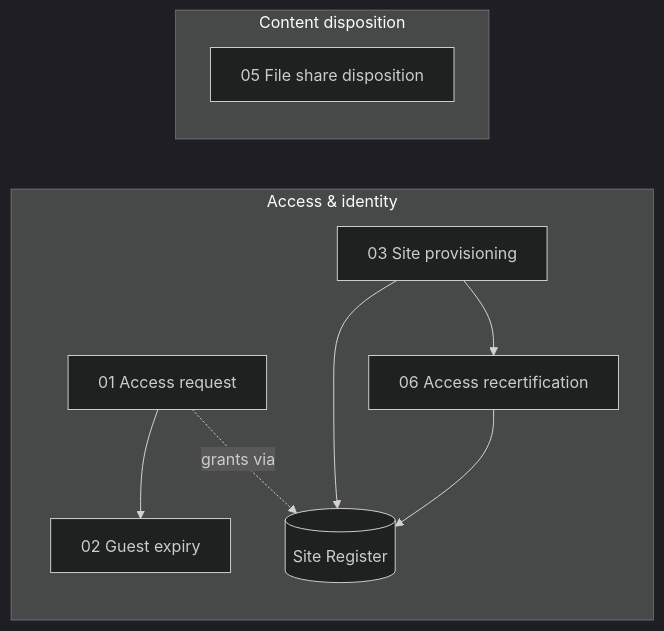
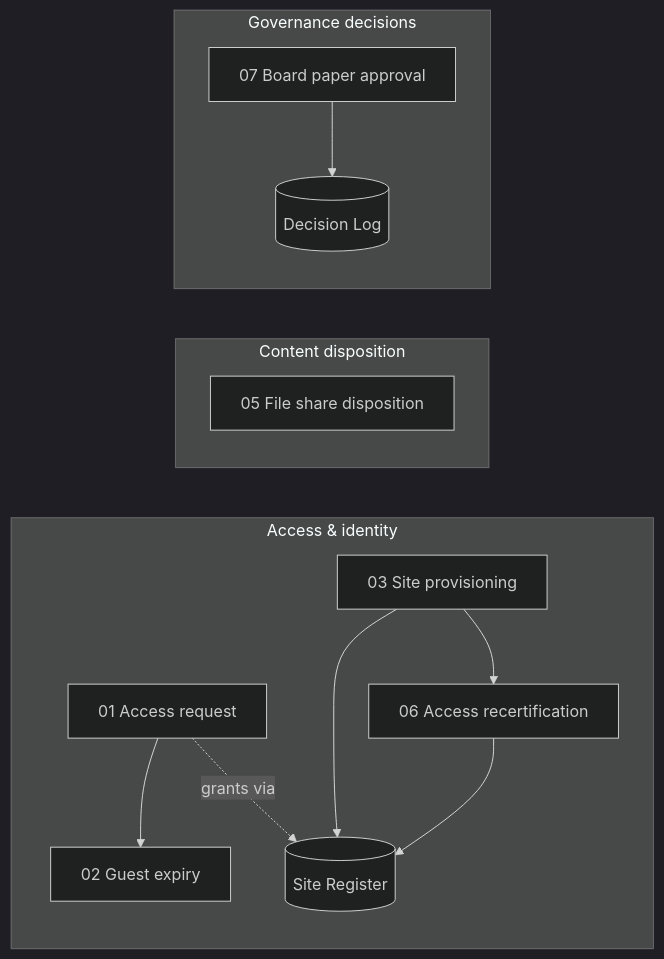
The first of 7 diagrams in solutions/SharePointGovernance/diagrams/governance-flows.md (flinty-isd/Projects-hub), drawn with Mermaid (dark theme) before and after one commit. The commit also changed other lines of this file and 4 other files, not shown here.

First line of the commit message:
Add flow 07: board paper approval for TAB and the BAU forum

````diff
--- a/solutions/SharePointGovernance/diagrams/governance-flows.md
+++ b/solutions/SharePointGovernance/diagrams/governance-flows.md
@@ -12,13 +12,16 @@
 ```mermaid
 flowchart LR
   subgraph Access["Access & identity"]
     F1["01 Access request"] --> F2["02 Guest expiry"]
     F3["03 Site provisioning"] --> F6["06 Access recertification"]
     F1 -. grants via .-> SR[("Site Register")]
     F3 --> SR
     F6 --> SR
   end
   subgraph Content["Content disposition"]
     F5["05 File share disposition"]
   end
+  subgraph Board["Governance decisions"]
+    F7["07 Board paper approval"] --> DL[("Decision Log")]
+  end
 ```
````
